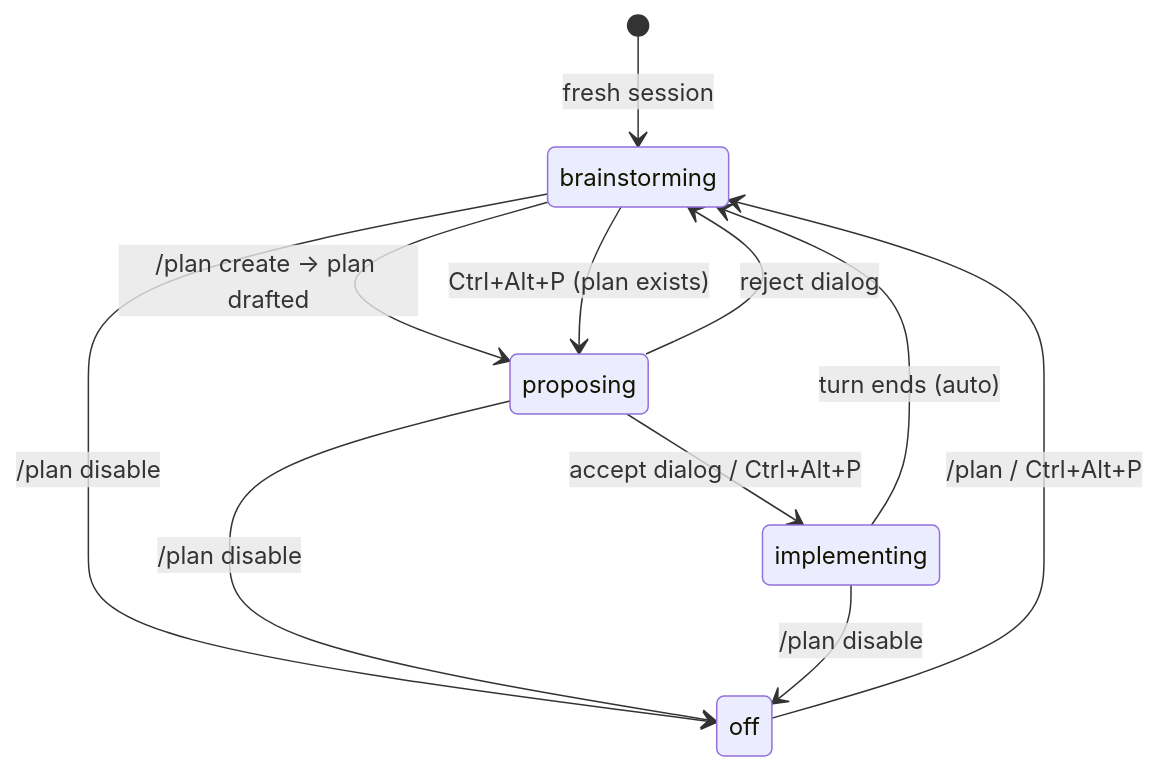
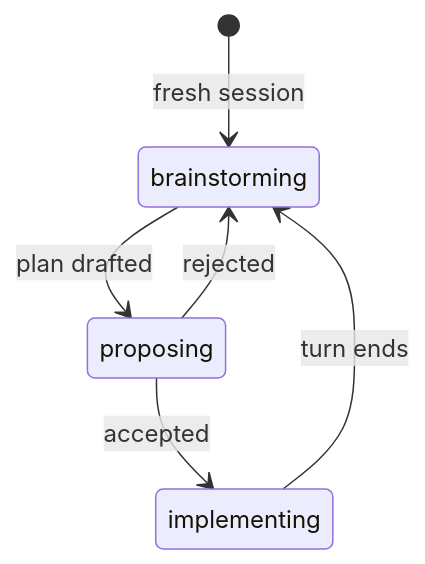
Before and after one commit to phrmendes/pi-plan-mode: the diagram in README.md, drawn with Mermaid. The commit also changed other lines of this file and 8 other files, not shown here.

Commit message:
feat: pi plan mode — gated brainstorming, proposals, and implementation windows

````diff
--- a/README.md
+++ b/README.md
@@ -7,13 +7,8 @@
 ```mermaid
 stateDiagram-v2
     [*] --> brainstorming : fresh session
-    brainstorming --> proposing : /plan create → plan drafted
-    proposing --> implementing : accept dialog / Ctrl+Alt+P
-    implementing --> brainstorming : turn ends (auto)
-    brainstorming --> proposing : Ctrl+Alt+P (plan exists)
-    proposing --> brainstorming : reject dialog
-    brainstorming --> off : /plan disable
-    proposing --> off : /plan disable
-    implementing --> off : /plan disable
-    off --> brainstorming : /plan / Ctrl+Alt+P
+    brainstorming --> proposing : plan drafted
+    proposing --> implementing : accepted
+    proposing --> brainstorming : rejected
+    implementing --> brainstorming : turn ends
 ```
````
